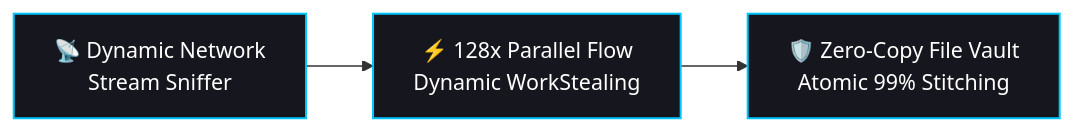
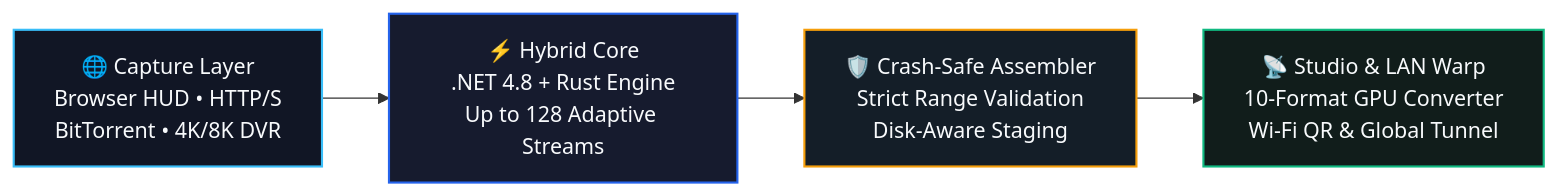
The diagram in README.md (UacoderSYS/Nyxor-Download-Manager), drawn with Mermaid before and after one commit. The commit also changed other lines of this file, not shown here.

````diff
--- a/README.md
+++ b/README.md
@@ -61,17 +25,11 @@
 ```mermaid
+graph LR
+    A["🌐 Capture Layer<br/>Browser HUD • HTTP/S<br/>BitTorrent • 4K/8K DVR"] --> B["⚡ Hybrid Core<br/>.NET 4.8 + Rust Engine<br/>Up to 128 Adaptive Streams"]
+    B --> C["🛡️ Crash-Safe Assembler<br/>Strict Range Validation<br/>Disk-Aware Staging"]
+    C --> D["📡 Studio & LAN Warp<br/>10-Format GPU Converter<br/>Wi-Fi QR & Global Tunnel"]
 
-graph LR
-
-A["📡 Dynamic Network<br/>Stream Sniffer"] --> B["⚡ 128x Parallel Flow<br/>Dynamic WorkStealing"]
-
-B --> C["🛡️ Zero-Copy File Vault<br/>Atomic 99% Stitching"]
-
-
-
-style A fill:#16161e,stroke:#00C6FF,stroke-width:1.5px,color:#ffffff
-
-style B fill:#16161e,stroke:#00C6FF,stroke-width:1.5px,color:#ffffff
-
-style C fill:#16161e,stroke:#00C6FF,stroke-width:1.5px,color:#ffffff
-
+    style A fill:#111625,stroke:#38BDF8,stroke-width:1.6px,color:#F8FAFC
+    style B fill:#161B2E,stroke:#2563EB,stroke-width:1.6px,color:#F8FAFC
+    style C fill:#141E28,stroke:#F59E0B,stroke-width:1.6px,color:#F8FAFC
+    style D fill:#111D1B,stroke:#10B981,stroke-width:1.6px,color:#F8FAFC
 ```
````
